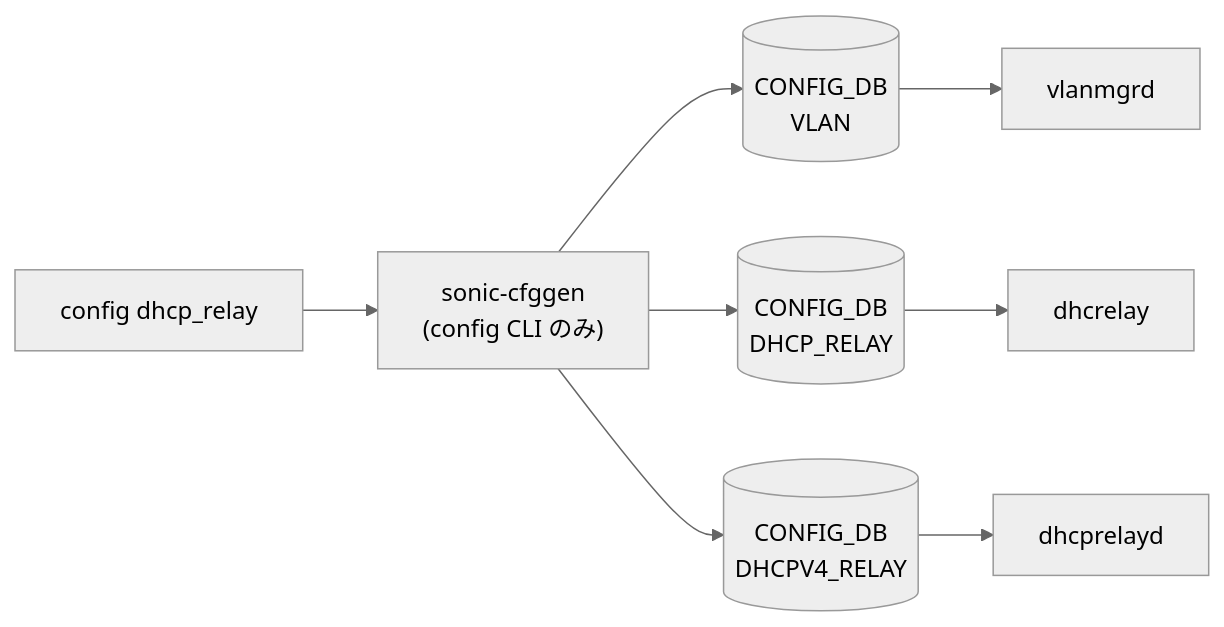
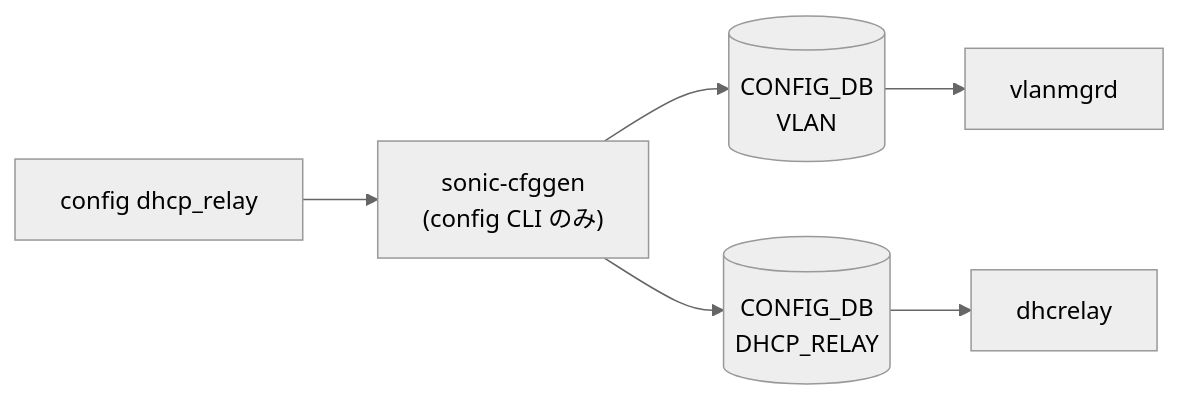
One commit to aoki-taquan/sonic-unofficial-docs changed the diagram in docs/reference/cli/config-dhcp-relay.md. Above: the diagram before and after it, drawn with Mermaid (neutral theme). The commit also changed 26 other files, not shown here.

First line of the commit message:
chore(cli): add cli-mermaid blocks to remaining 20 CLI reference pages

````diff
--- a/docs/reference/cli/config-dhcp-relay.md
+++ b/docs/reference/cli/config-dhcp-relay.md
@@ -139,18 +139,14 @@
 ```mermaid
 flowchart LR
   CLI["config dhcp_relay"]
   SC["sonic-cfggen<br/>(config CLI のみ)"]
   CLI --> SC
   CDB0[("CONFIG_DB<br/>VLAN")]
   SC --> CDB0
   DM0["vlanmgrd"]
   CDB0 --> DM0
   CDB1[("CONFIG_DB<br/>DHCP_RELAY")]
   SC --> CDB1
   DM1["dhcrelay"]
   CDB1 --> DM1
-  CDB2[("CONFIG_DB<br/>DHCPV4_RELAY")]
-  SC --> CDB2
-  DM2["dhcprelayd"]
-  CDB2 --> DM2
 ```
````
